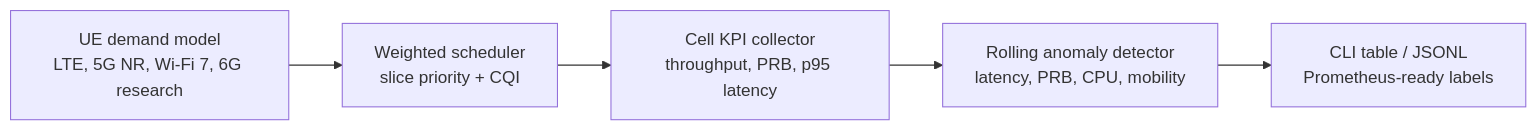
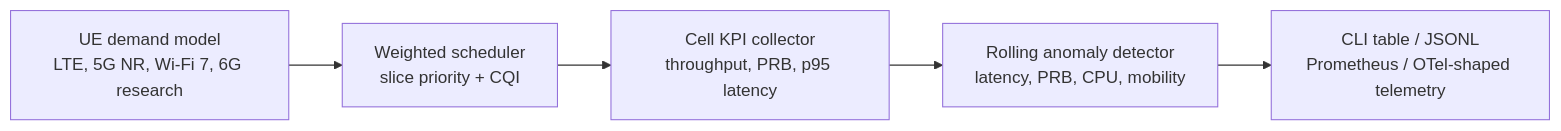
Before and after one commit to gerardrecinto/6g-ran-edge-lab: the diagram in docs/architecture.md, drawn with Mermaid. The commit also changed 17 other files, not shown here.

Commit message:
Add telemetry and observability outputs

````diff
--- a/docs/architecture.md
+++ b/docs/architecture.md
@@ -5,10 +5,10 @@
 ```mermaid
 flowchart LR
     UE["UE demand model<br/>LTE, 5G NR, Wi-Fi 7, 6G research"]
     Scheduler["Weighted scheduler<br/>slice priority + CQI"]
     Cell["Cell KPI collector<br/>throughput, PRB, p95 latency"]
     Detector["Rolling anomaly detector<br/>latency, PRB, CPU, mobility"]
-    Outputs["CLI table / JSONL<br/>Prometheus-ready labels"]
+    Outputs["CLI table / JSONL<br/>Prometheus / OTel-shaped telemetry"]
 
     UE --> Scheduler --> Cell --> Detector --> Outputs
 ```
````
